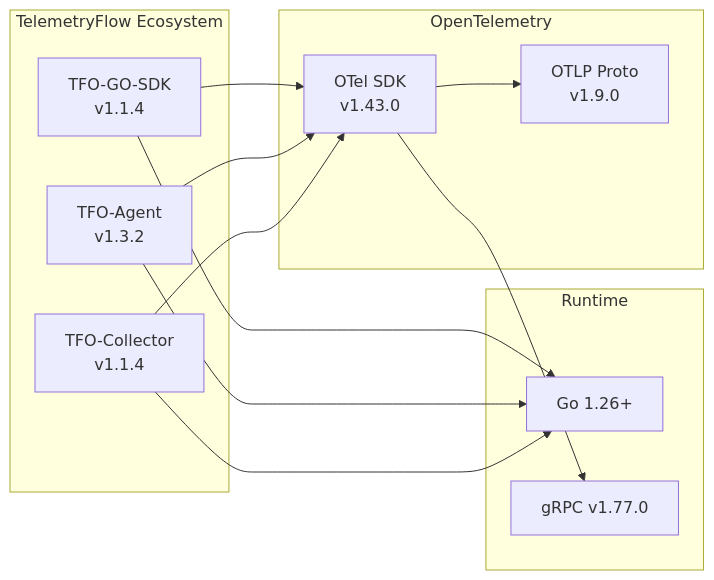
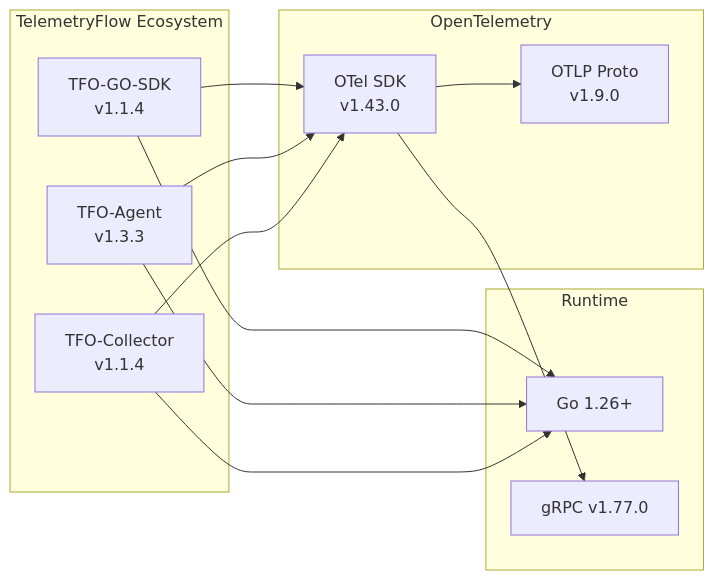
One commit to telemetryflow/telemetryflow-agent changed diagram 13 of 15 in docs/ARCHITECTURE.md. Above: the diagram before and after it, drawn with Mermaid. The commit also changed 34 other files, not shown here.

First line of the commit message:
feat(k8s): Cilium/Hubble network-flow ingestion (flagged) + release 1.3.3

````diff
--- a/docs/ARCHITECTURE.md
+++ b/docs/ARCHITECTURE.md
@@ -530,29 +530,29 @@
 ```mermaid
 graph LR
     subgraph "TelemetryFlow Ecosystem"
         SDK[TFO-GO-SDK<br/>v1.1.4]
-        AGENT[TFO-Agent<br/>v1.3.2]
+        AGENT[TFO-Agent<br/>v1.3.3]
         COLL[TFO-Collector<br/>v1.1.4]
     end
 
     subgraph "OpenTelemetry"
         OTEL[OTel SDK<br/>v1.43.0]
         PROTO[OTLP Proto<br/>v1.9.0]
     end
 
     subgraph "Runtime"
         GO[Go 1.26+]
         GRPC[gRPC v1.77.0]
     end
 
     SDK --> OTEL
     AGENT --> OTEL
     COLL --> OTEL
 
     OTEL --> PROTO
     OTEL --> GRPC
 
     SDK --> GO
     AGENT --> GO
     COLL --> GO
 ```
````
